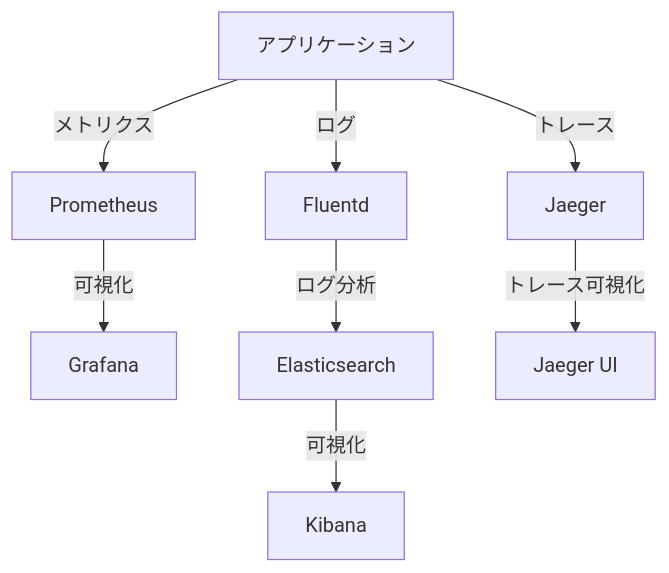
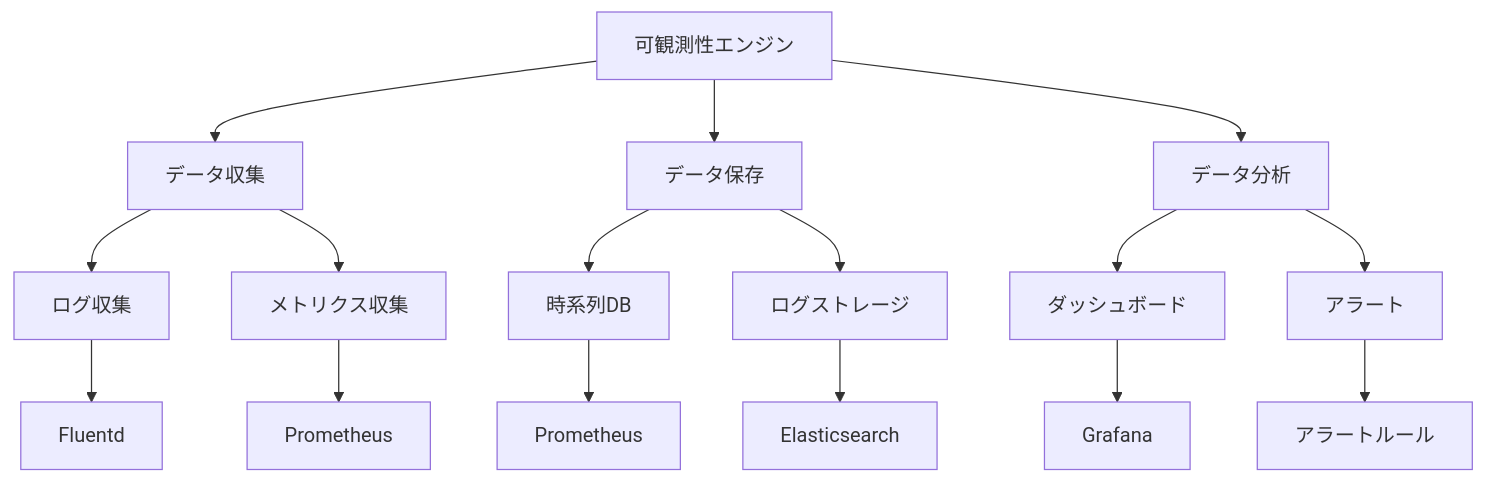
One commit to haruka-aibara/haruka-aibara changed the diagram in docs/Kubernetes/09_モニタリングとロギング/09-05_可観測性エンジン.md. Above: the diagram before and after it, drawn with Mermaid. The commit also changed other lines of this file and 37 other files, not shown here.

````diff
--- a/docs/Kubernetes/09_モニタリングとロギング/09-05_可観測性エンジン.md
+++ b/docs/Kubernetes/09_モニタリングとロギング/09-05_可観測性エンジン.md
@@ -50,10 +115,20 @@
 ```mermaid
 graph TD
-    A[アプリケーション] -->|メトリクス| B[Prometheus]
-    A -->|ログ| C[Fluentd]
-    A -->|トレース| D[Jaeger]
-    B -->|可視化| E[Grafana]
-    C -->|ログ分析| F[Elasticsearch]
-    F -->|可視化| G[Kibana]
-    D -->|トレース可視化| H[Jaeger UI]
+    A[可観測性エンジン] --> B[データ収集]
+    A --> C[データ保存]
+    A --> D[データ分析]
+    
+    B --> E[ログ収集]
+    B --> F[メトリクス収集]
+    C --> G[時系列DB]
+    C --> H[ログストレージ]
+    D --> I[ダッシュボード]
+    D --> J[アラート]
+    
+    E --> K[Fluentd]
+    F --> L[Prometheus]
+    G --> M[Prometheus]
+    H --> N[Elasticsearch]
+    I --> O[Grafana]
+    J --> P[アラートルール]
 ```
````
